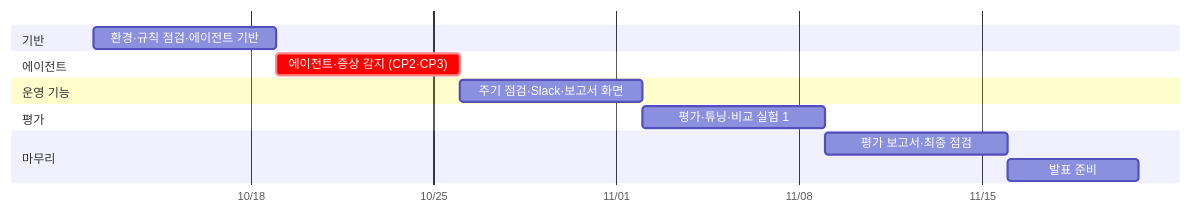
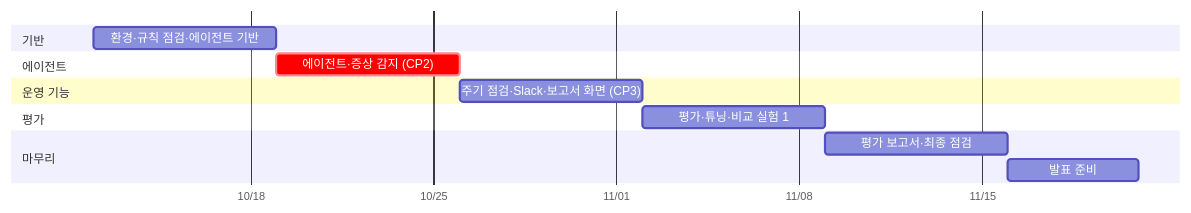
Before and after one commit to skax-jihyeryu/KubeGuardian: the diagram in docs/02-execution-plan.md, drawn with Mermaid. The commit also changed other lines of this file and 1 other file, not shown here.

````diff
--- a/docs/02-execution-plan.md
+++ b/docs/02-execution-plan.md
@@ -339,16 +398,16 @@
 ```mermaid
 gantt
     dateFormat YYYY-MM-DD
     axisFormat %m/%d
     section 기반
     환경·규칙 점검·에이전트 기반 :w1, 2026-10-12, 7d
     section 에이전트
-    에이전트·증상 감지 (CP2·CP3) :crit, w2, after w1, 7d
+    에이전트·증상 감지 (CP2) :crit, w2, after w1, 7d
     section 운영 기능
-    주기 점검·Slack·보고서 화면 :w3, after w2, 7d
+    주기 점검·Slack·보고서 화면 (CP3) :w3, after w2, 7d
     section 평가
     평가·튜닝·비교 실험 1 :w4, after w3, 7d
     section 마무리
     평가 보고서·최종 점검 :w5, after w4, 7d
     발표 준비 :p, after w5, 5d
 ```
````
